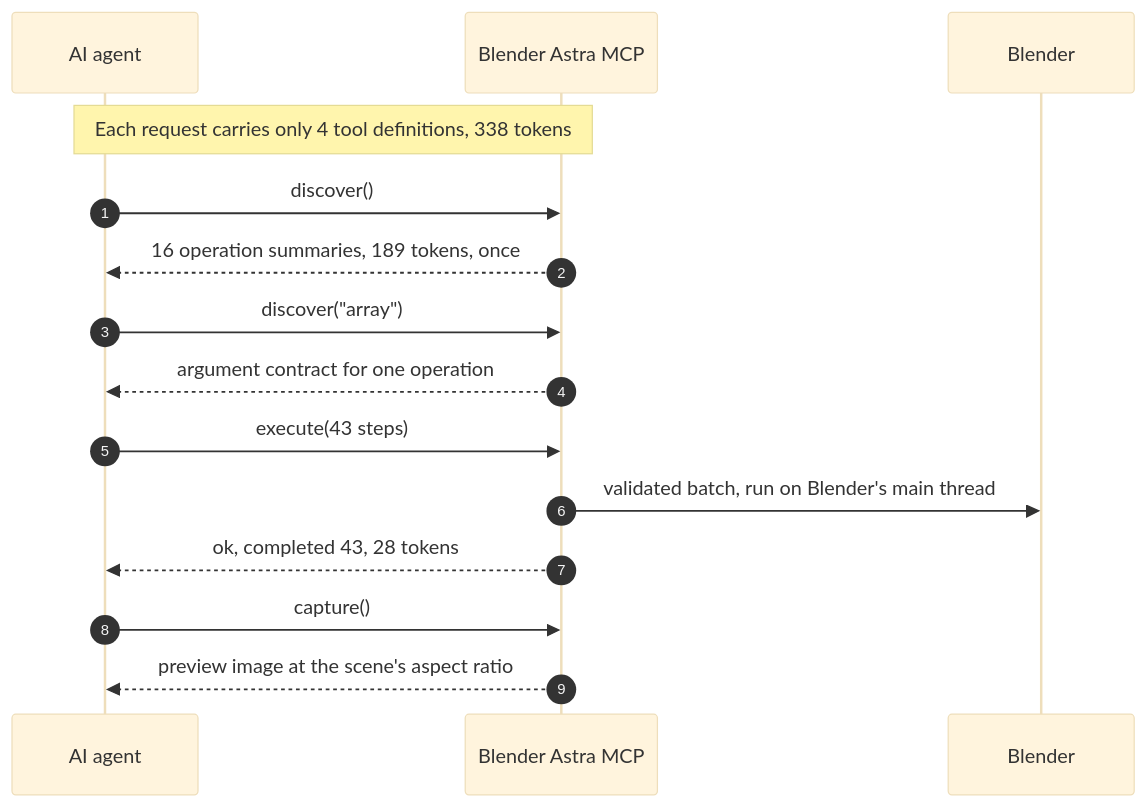
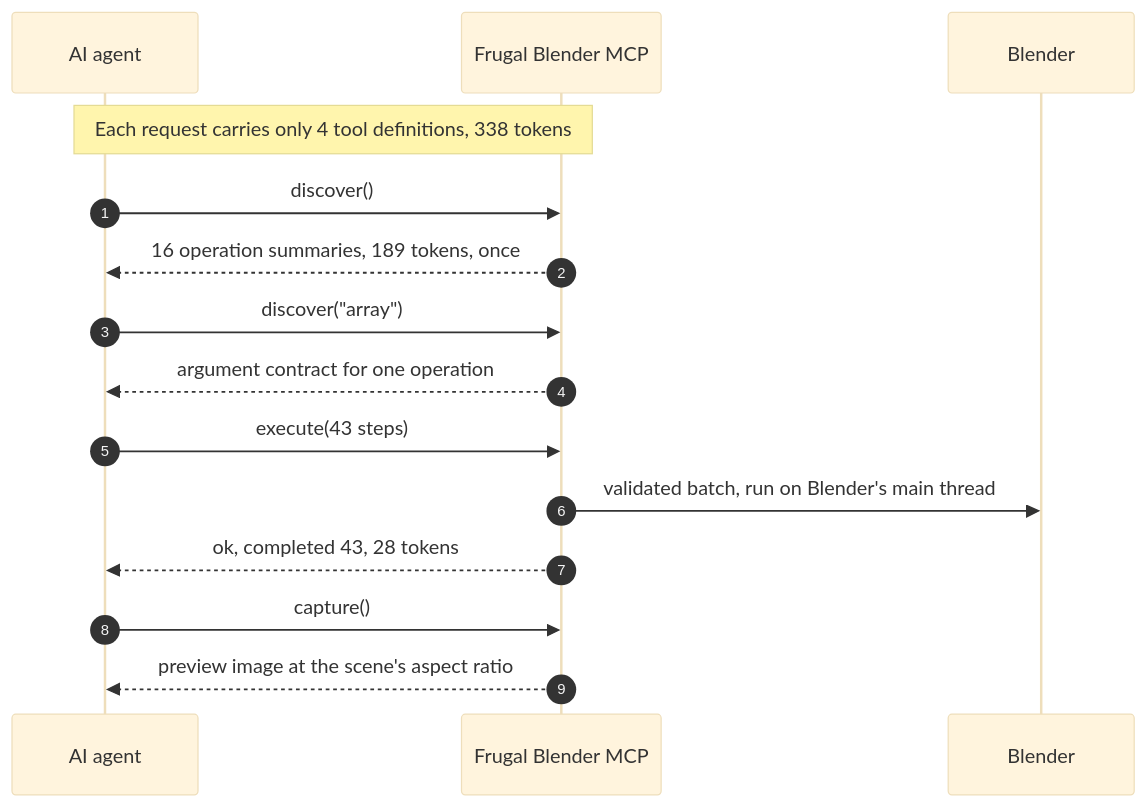
The diagram in README.md (doolecg/frugal-blender-mcp), drawn with Mermaid (base theme) before and after one commit. The commit also changed other lines of this file and 16 other files, not shown here.

First line of the commit message:
Rename to Frugal Blender MCP (frugal-blender-mcp)

````diff
--- a/README.md
+++ b/README.md
@@ -100,17 +100,17 @@
 ```mermaid
 sequenceDiagram
     autonumber
     participant A as AI agent
-    participant M as Blender Astra MCP
+    participant M as Frugal Blender MCP
     participant B as Blender
     Note over A,M: Each request carries only 4 tool definitions, 338 tokens
     A->>M: discover()
     M-->>A: 16 operation summaries, 189 tokens, once
     A->>M: discover("array")
     M-->>A: argument contract for one operation
     A->>M: execute(43 steps)
     M->>B: validated batch, run on Blender's main thread
     M-->>A: ok, completed 43, 28 tokens
     A->>M: capture()
     M-->>A: preview image at the scene's aspect ratio
 ```
````
